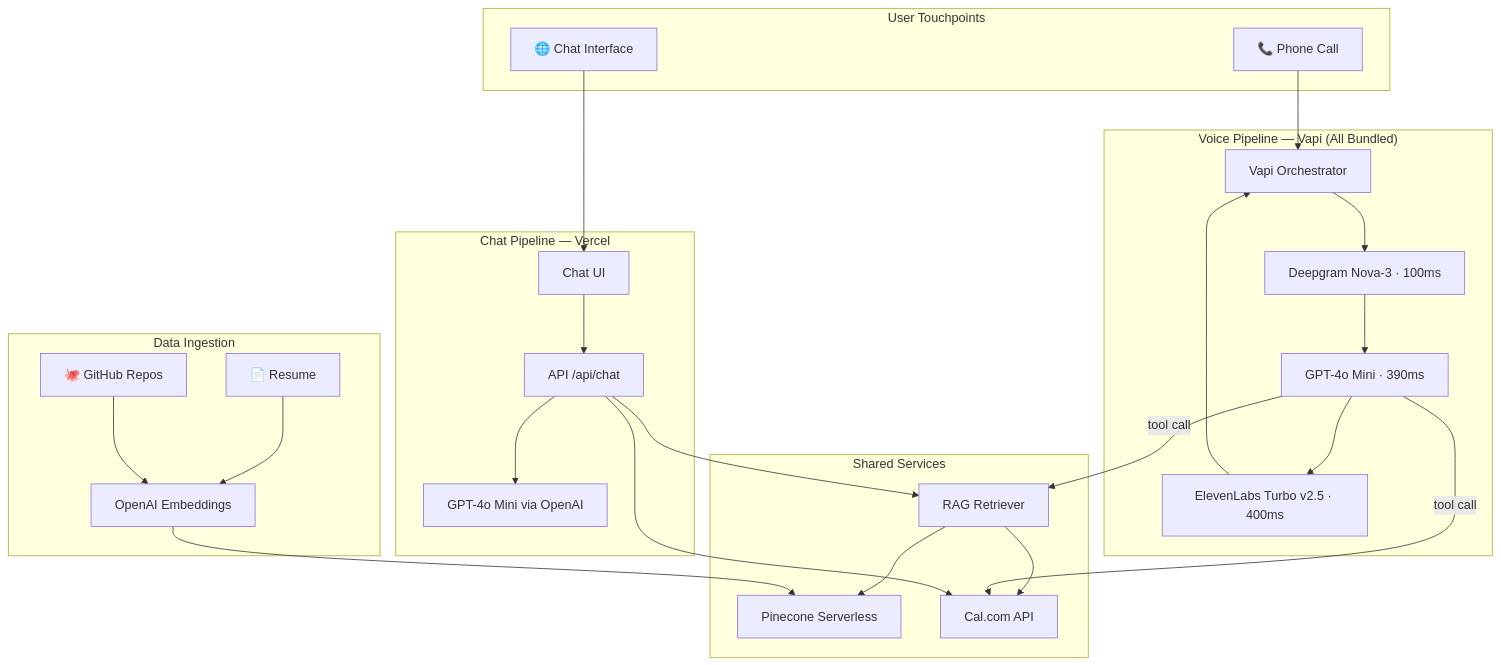
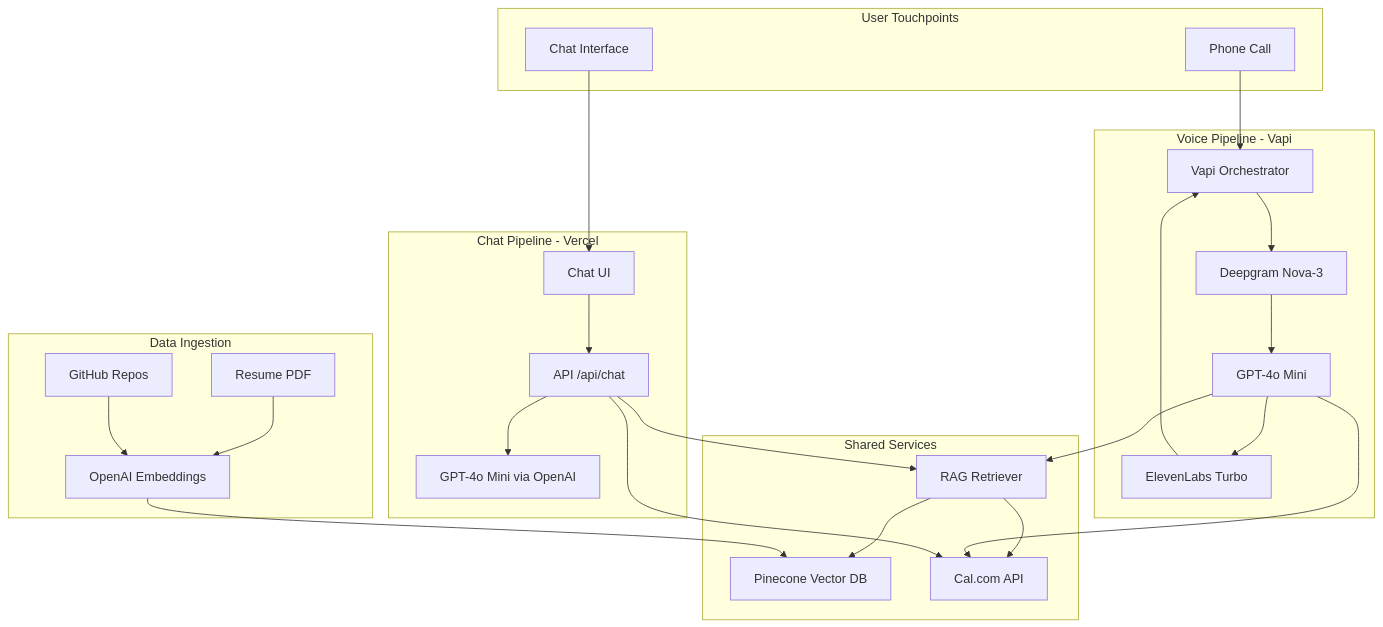
The diagram in README.md (Phantom-TA/Echo), drawn with Mermaid before and after one commit.

Commit message:
docs: simplify Mermaid syntax for rendering

````diff
--- a/README.md
+++ b/README.md
@@ -15,46 +15,46 @@
 ```mermaid
 graph TB
-    subgraph "User Touchpoints"
-        Phone["📞 Phone Call"]
-        Browser["🌐 Chat Interface"]
+    subgraph User_Touchpoints [User Touchpoints]
+        Phone[Phone Call]
+        Browser[Chat Interface]
     end
 
-    subgraph "Voice Pipeline — Vapi (All Bundled)"
-        VapiOrch["Vapi Orchestrator"]
-        STT["Deepgram Nova-3 · 100ms"]
-        LLM_V["GPT-4o Mini · 390ms"]
-        TTS["ElevenLabs Turbo v2.5 · 400ms"]
+    subgraph Voice_Pipeline [Voice Pipeline - Vapi]
+        VapiOrch[Vapi Orchestrator]
+        STT[Deepgram Nova-3]
+        LLM_V[GPT-4o Mini]
+        TTS[ElevenLabs Turbo]
         Phone --> VapiOrch
         VapiOrch --> STT --> LLM_V --> TTS
         TTS --> VapiOrch
     end
 
-    subgraph "Chat Pipeline — Vercel"
-        ChatUI["Chat UI"]
-        ChatAPI["API /api/chat"]
-        LLM_C["GPT-4o Mini via OpenAI"]
+    subgraph Chat_Pipeline [Chat Pipeline - Vercel]
+        ChatUI[Chat UI]
+        ChatAPI[API /api/chat]
+        LLM_C[GPT-4o Mini via OpenAI]
         Browser --> ChatUI --> ChatAPI --> LLM_C
     end
 
-    subgraph "Shared Services"
-        RAG["RAG Retriever"]
-        VDB["Pinecone Serverless"]
-        Cal["Cal.com API"]
+    subgraph Shared_Services [Shared Services]
+        RAG[RAG Retriever]
+        VDB[Pinecone Vector DB]
+        Cal[Cal.com API]
         RAG --> VDB
         RAG --> Cal
     end
 
-    LLM_V -->|"tool call"| RAG
-    LLM_V -->|"tool call"| Cal
+    LLM_V --> RAG
+    LLM_V --> Cal
     ChatAPI --> RAG
     ChatAPI --> Cal
 
-    subgraph "Data Ingestion"
-        Resume["📄 Resume"]
-        GitHub["🐙 GitHub Repos"]
-        Embed["OpenAI Embeddings"]
+    subgraph Data_Ingestion [Data Ingestion]
+        Resume[Resume PDF]
+        GitHub[GitHub Repos]
+        Embed[OpenAI Embeddings]
         Resume --> Embed
         GitHub --> Embed
         Embed --> VDB
     end
 ```
````
